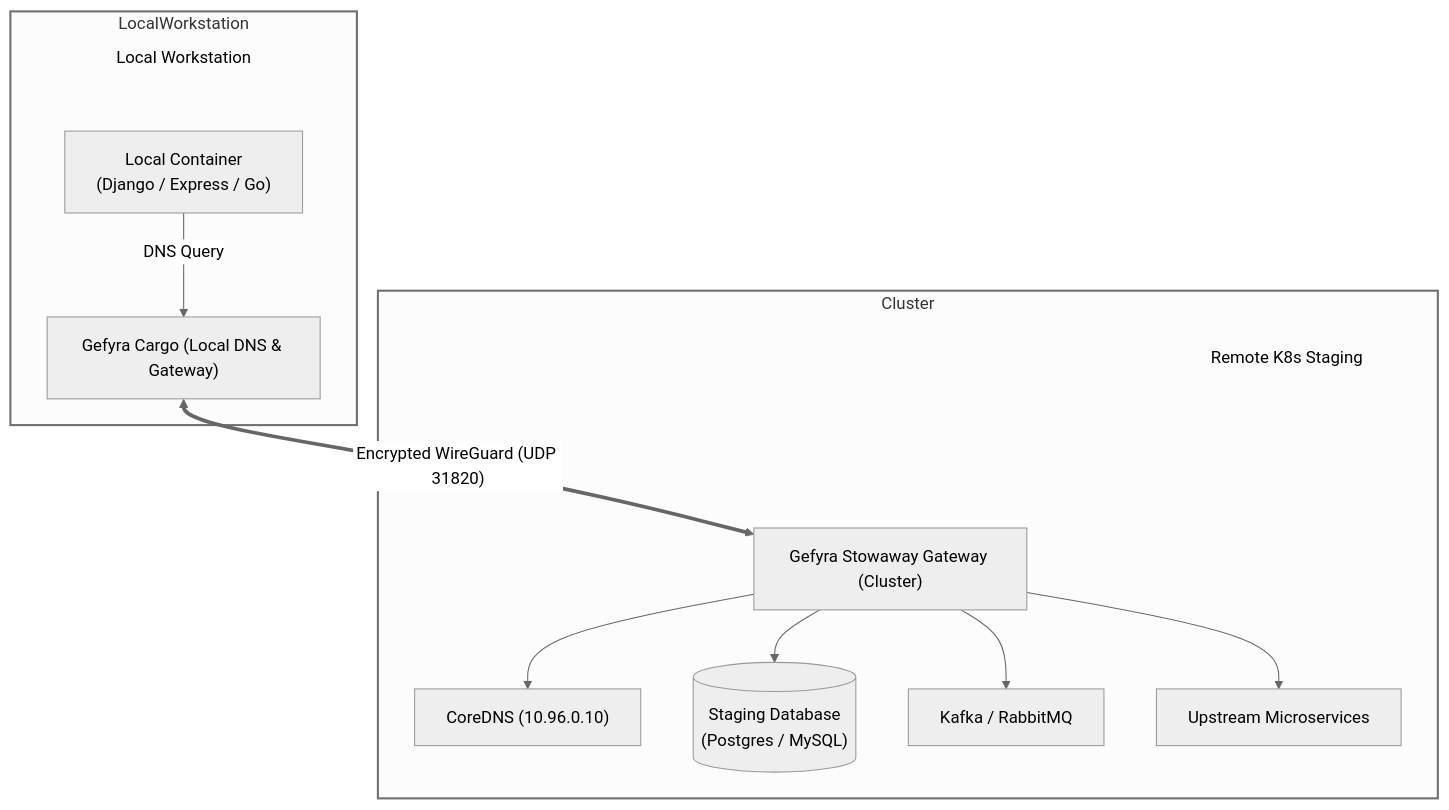
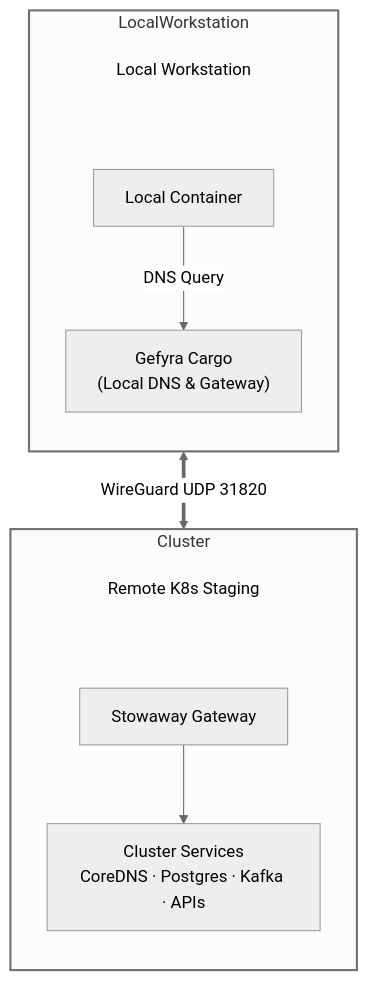
Before and after one commit to gefyrahq/gefyra: the diagram in gefyra-docs/content/en/3.developer-workflows/4.database-and-dns.md, drawn with Mermaid (neutral theme). The commit also changed 13 other files, not shown here.

First line of the commit message:
feat: enable expand functionality in Nuxt config and update Mermaid styles (#1565)

````diff
--- a/gefyra-docs/content/en/3.developer-workflows/4.database-and-dns.md
+++ b/gefyra-docs/content/en/3.developer-workflows/4.database-and-dns.md
@@ -19,24 +19,23 @@
 ```mermaid
-flowchart TD
+flowchart TB
     subgraph LocalWorkstation
-        LocalTitle[["Local Workstation"]] ~~~ App["Local Container<br/>(Django / Express / Go)"]
-        App -->|DNS Query| Cargo["Gefyra Cargo (Local DNS & Gateway)"]
+        direction TB
+        LocalTitle[["Local Workstation"]] ~~~ App["Local Container"]
+        App -->|DNS Query| Cargo["Gefyra Cargo<br/>(Local DNS & Gateway)"]
     end
 
-    Cargo <==>|"Encrypted WireGuard (UDP 31820)"| Stowaway["Gefyra Stowaway Gateway (Cluster)"]
+    Cargo <==>|WireGuard UDP 31820| Stowaway
 
     subgraph Cluster
-        ClusterTitle[["Remote K8s Staging"]] ~~~ Stowaway
-        Stowaway --> CoreDNS["CoreDNS (10.96.0.10)"]
-        Stowaway --> RealDB[("Staging Database<br/>(Postgres / MySQL)")]
-        Stowaway --> Kafka["Kafka / RabbitMQ"]
-        Stowaway --> Upstream["Upstream Microservices"]
+        direction TB
+        ClusterTitle[["Remote K8s Staging"]] ~~~ Stowaway["Stowaway Gateway"]
+        Stowaway --> Svcs["Cluster Services<br/>CoreDNS · Postgres · Kafka · APIs"]
     end
 
     classDef groupTitle fill:transparent,stroke:none;
     classDef gefyra stroke-width:2px;
     classDef remote stroke-width:2px;
     class LocalTitle,ClusterTitle groupTitle;
     class LocalWorkstation gefyra;
     class Cluster remote;
 ```
````
